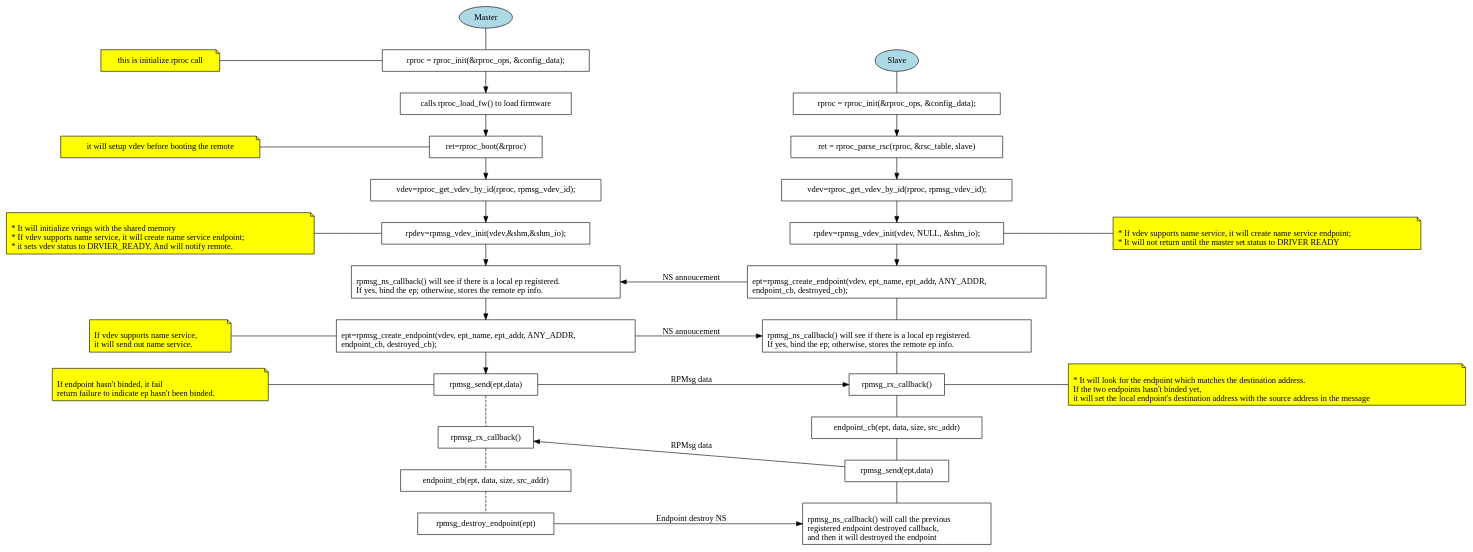
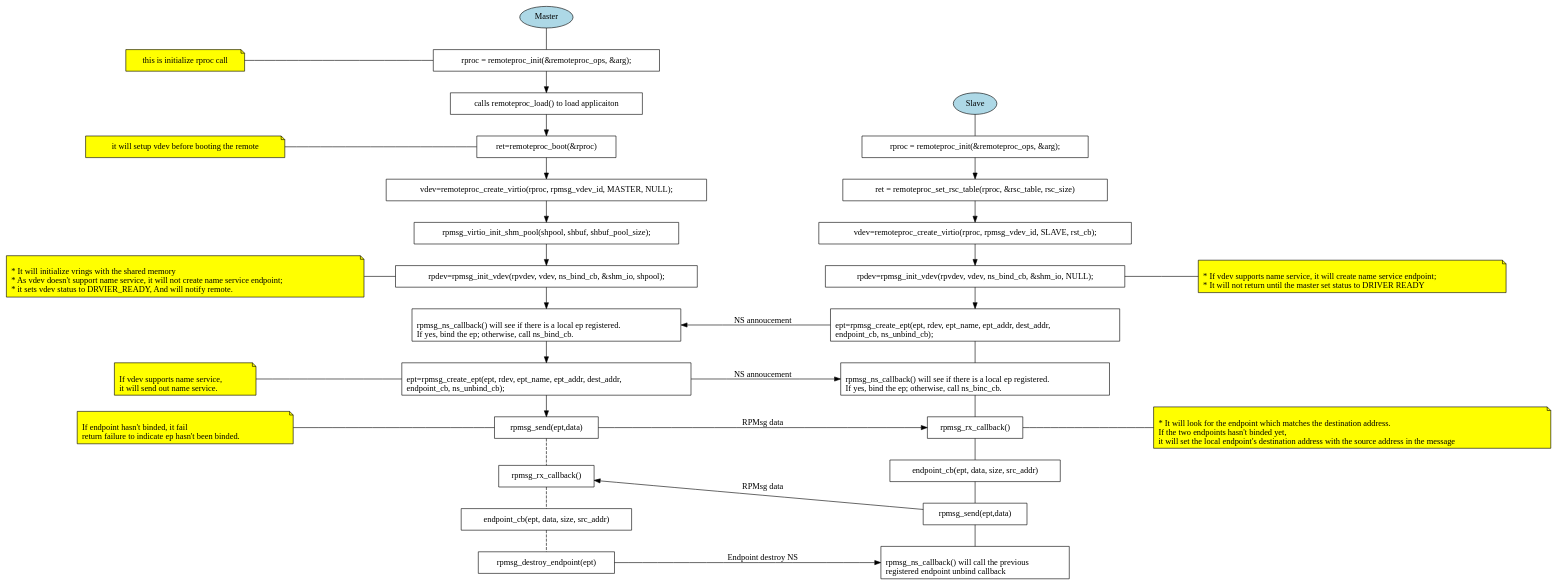
One commit to OpenAMP/open-amp changed the diagram in docs/img-src/coprocessor-rpmsg-ns.gv. Above: the diagram before and after it, drawn with Graphviz. The commit also changed 5 other files, not shown here.

```diff
--- a/docs/img-src/coprocessor-rpmsg-ns.gv
+++ b/docs/img-src/coprocessor-rpmsg-ns.gv
@@ -1,93 +1,94 @@
 // RPMsg dynamic endpoints binding
 
 digraph G {
   rankdir="LR";
 
   subgraph roles {
     node [style="filled", fillcolor="lightblue"];
     master [label="Master"];
     slave [label="Slave"];
   }
 
   subgraph m_comment_nodes {
     node [group=m_comment, shape="note", style="filled", fillcolor="yellow"];
     rank="same";
-    m_rproc_init_comment [label="this is initialize rproc call"];
-    m_rproc_boot_comment [label="it will setup vdev before booting the remote"];
-    m_rpmsg_vdev_init_comment [label="\l* It will initialize vrings with the shared memory\l* If vdev supports name service, it will create name service endpoint;\l* it sets vdev status to DRVIER_READY, And will notify remote.\l"];
+    m_remoteproc_init_comment [label="this is initialize rproc call"];
+    m_remoteproc_boot_comment [label="it will setup vdev before booting the remote"];
+    m_rpmsg_vdev_init_comment [label="\l* It will initialize vrings with the shared memory\l* As vdev doesn't support name service, it will not create name service endpoint;\l* it sets vdev status to DRVIER_READY, And will notify remote.\l"];
     m_rpmsg_create_ep_comment [label="\lIf vdev supports name service,\lit will send out name service.\l"];
     m_rpmsg_send_comment [label="\lIf endpoint hasn't binded, it fail\lreturn failure to indicate ep hasn't been binded.\l"];
 
   }
 
   subgraph m_flow_nodes {
     node [shape="box"];
     rank="same";
-    m_rproc_init [label="rproc = rproc_init(&rproc_ops, &config_data);"];
-    m_rproc_load_fw [label="calls rproc_load_fw() to load firmware"];
-    m_rproc_boot [shape="box", label="ret=rproc_boot(&rproc)"];
-    m_rproc_get_vdev [label="vdev=rproc_get_vdev_by_id(rproc, rpmsg_vdev_id);"];
-    m_rpmsg_vdev_init [label="rpdev=rpmsg_vdev_init(vdev,&shm,&shm_io);"];
-    m_rpmsg_ns_cb [label="\lrpmsg_ns_callback() will see if there is a local ep registered.\lIf yes, bind the ep; otherwise, stores the remote ep info.\l"];
-    m_rpmsg_create_ep [label="\lept=rpmsg_create_endpoint(vdev, ept_name, ept_addr, ANY_ADDR,\lendpoint_cb, destroyed_cb);\l"];
+    m_remoteproc_init [label="rproc = remoteproc_init(&remoteproc_ops, &arg);"]
+    m_remoteproc_load [label="calls remoteproc_load() to load applicaiton"];
+    m_remoteproc_boot [shape="box", label="ret=remoteproc_boot(&rproc)"];
+    m_remoteproc_get_vdev [label="vdev=remoteproc_create_virtio(rproc, rpmsg_vdev_id, MASTER, NULL);"];
+    m_rpmsg_shmpool_init[label="rpmsg_virtio_init_shm_pool(shpool, shbuf, shbuf_pool_size);"];
+    m_rpmsg_vdev_init [label="rpdev=rpmsg_init_vdev(rpvdev, vdev, ns_bind_cb, &shm_io, shpool);"];
+    m_rpmsg_ns_cb [label="\lrpmsg_ns_callback() will see if there is a local ep registered.\lIf yes, bind the ep; otherwise, call ns_bind_cb.\l"];
+    m_rpmsg_create_ep [label="\lept=rpmsg_create_ept(ept, rdev, ept_name, ept_addr, dest_addr, \lendpoint_cb, ns_unbind_cb);\l"];
     m_rpmsg_send [label="rpmsg_send(ept,data)"];
     m_rpmsg_rx_cb [label="rpmsg_rx_callback()"];
     m_ep_cb [label="endpoint_cb(ept, data, size, src_addr)"];
     m_rpmsg_destroy_ep [label="rpmsg_destroy_endpoint(ept)"];
 
-    m_rproc_init -> m_rproc_load_fw -> m_rproc_boot -> m_rproc_get_vdev ->
-    m_rpmsg_vdev_init -> m_rpmsg_ns_cb -> m_rpmsg_create_ep -> m_rpmsg_send;
+    m_remoteproc_init -> m_remoteproc_load -> m_remoteproc_boot -> m_remoteproc_get_vdev ->
+    m_rpmsg_shmpool_init -> m_rpmsg_vdev_init -> m_rpmsg_ns_cb -> m_rpmsg_create_ep -> m_rpmsg_send;
     m_rpmsg_send -> m_rpmsg_rx_cb -> m_ep_cb ->
     m_rpmsg_destroy_ep [dir="none", style="dashed"];
   }
 
   subgraph s_flow_nodes {
     rank="same";
     node [shape="box"];
-    s_rproc_init [label="rproc = rproc_init(&rproc_ops, &config_data);"];
+    s_remoteproc_init [label="rproc = remoteproc_init(&remoteproc_ops, &arg);"];
 
-    s_rproc_parse_rsc [label="ret = rproc_parse_rsc(rproc, &rsc_table, slave)"];
-    s_rproc_get_vdev [label="vdev=rproc_get_vdev_by_id(rproc, rpmsg_vdev_id);"];
-    s_rpmsg_vdev_init [label="rpdev=rpmsg_vdev_init(vdev, NULL, &shm_io);"];
-    s_rpmsg_create_ep [label="\lept=rpmsg_create_endpoint(vdev, ept_name, ept_addr, ANY_ADDR,\lendpoint_cb, destroyed_cb);\l"];
-    s_rpmsg_ns_cb [label="\lrpmsg_ns_callback() will see if there is a local ep registered.\lIf yes, bind the ep; otherwise, stores the remote ep info.\l"];
+    s_remoteproc_parse_rsc [label="ret = remoteproc_set_rsc_table(rproc, &rsc_table, rsc_size)"];
+    s_remoteproc_get_vdev [label="vdev=remoteproc_create_virtio(rproc, rpmsg_vdev_id, SLAVE, rst_cb);"];
+    s_rpmsg_vdev_init [label="rpdev=rpmsg_init_vdev(rpvdev, vdev, ns_bind_cb, &shm_io, NULL);"];
+    s_rpmsg_create_ep [label="\lept=rpmsg_create_ept(ept, rdev, ept_name, ept_addr, dest_addr, \lendpoint_cb, ns_unbind_cb);\l"];
+    s_rpmsg_ns_cb [label="\lrpmsg_ns_callback() will see if there is a local ep registered.\lIf yes, bind the ep; otherwise, call ns_binc_cb.\l"];
     s_rpmsg_send [label="rpmsg_send(ept,data)"];
     s_rpmsg_rx_cb [label="rpmsg_rx_callback()"];
     s_ep_cb [label="endpoint_cb(ept, data, size, src_addr)"];
-    s_rpmsg_ns_cb_destroy [label="\lrpmsg_ns_callback() will call the previous\lregistered endpoint destroyed callback,\land then it will destroyed the endpoint\l"];
+    s_rpmsg_ns_unbind_cb [label="\lrpmsg_ns_callback() will call the previous\lregistered endpoint unbind callback\l"];
 
-    s_rproc_init -> s_rproc_parse_rsc -> s_rproc_get_vdev ->
+    s_remoteproc_init -> s_remoteproc_parse_rsc -> s_remoteproc_get_vdev ->
     s_rpmsg_vdev_init -> s_rpmsg_create_ep;
     s_rpmsg_create_ep -> s_rpmsg_ns_cb -> s_rpmsg_rx_cb ->
-    s_ep_cb -> s_rpmsg_send -> s_rpmsg_ns_cb_destroy [dir="none", style="dash"];
+    s_ep_cb -> s_rpmsg_send -> s_rpmsg_ns_unbind_cb [dir="none", style="dash"];
 
   }
 
   subgraph s_comment_nodes {
     node [group=s_comment, shape="note", style="filled", fillcolor="yellow"];
     rank="same";
     s_rpmsg_vdev_init_comment [label="\l* If vdev supports name service, it will create name service endpoint;\l* It will not return until the master set status to DRIVER READY\l"];
     s_rpmsg_rx_cb_comment [label="\l* It will look for the endpoint which matches the destination address.\lIf the two endpoints hasn't binded yet,\lit will set the local endpoint's destination address with the source address in the message\l"];
   }
 
-  master -> m_rproc_init [dir="none"];
-  slave -> s_rproc_init [dir="none"];
+  master -> m_remoteproc_init [dir="none"];
+  slave -> s_remoteproc_init [dir="none"];
   s_rpmsg_create_ep -> m_rpmsg_ns_cb [label="NS annoucement"];
   m_rpmsg_create_ep -> s_rpmsg_ns_cb [label="NS annoucement"];
   m_rpmsg_send -> s_rpmsg_rx_cb [label="RPMsg data"];
   s_rpmsg_send -> m_rpmsg_rx_cb [label="RPMsg data"];
-  m_rpmsg_destroy_ep -> s_rpmsg_ns_cb_destroy [label="Endpoint destroy NS"];
+  m_rpmsg_destroy_ep -> s_rpmsg_ns_unbind_cb [label="Endpoint destroy NS"];
 
-  m_rproc_init_comment -> m_rproc_init [dir="none"];
-  m_rproc_boot_comment -> m_rproc_boot [dir="none"];
+  m_remoteproc_init_comment -> m_remoteproc_init [dir="none"];
+  m_remoteproc_boot_comment -> m_remoteproc_boot [dir="none"];
   m_rpmsg_vdev_init_comment -> m_rpmsg_vdev_init [dir="none"];
   m_rpmsg_create_ep_comment -> m_rpmsg_create_ep [dir="none"];
   m_rpmsg_send_comment -> m_rpmsg_send [dir="none"];
 
   s_rpmsg_vdev_init -> s_rpmsg_vdev_init_comment [dir="none"];
   s_rpmsg_rx_cb -> s_rpmsg_rx_cb_comment [dir="none"];
 
-  {rank=same; master; m_rproc_init}
-  {rank=same; slave; s_rproc_init}
+  {rank=same; master; m_remoteproc_init}
+  {rank=same; slave; s_remoteproc_init}
 
 }
```
